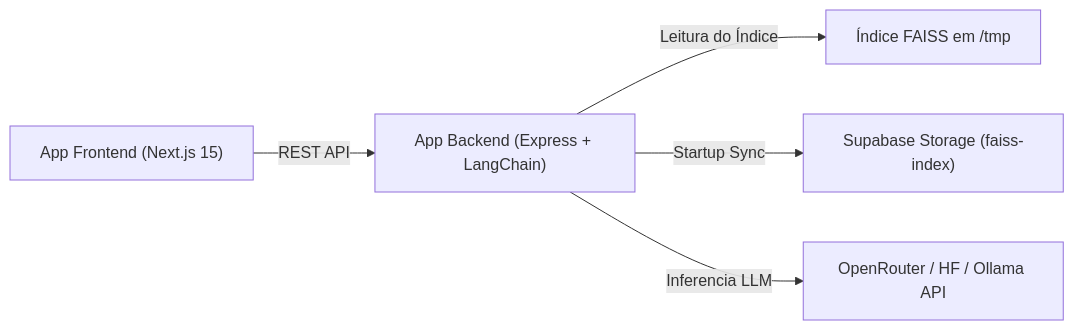
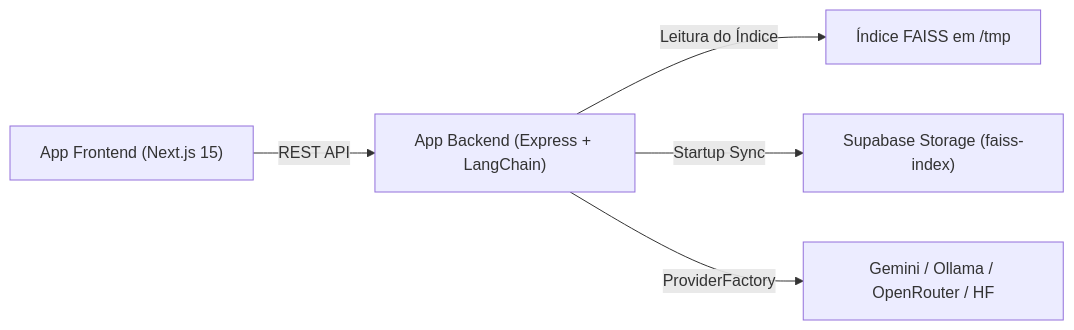
The diagram in docs/architect.md (lfrichter/ask-richter), drawn with Mermaid before and after one commit. The commit also changed other lines of this file and 29 other files, not shown here.

Commit message:
feat(ai): Provider Abstraction, Gemini Embedding 2 & LLM Resilience Fallback Chain

````diff
--- a/docs/architect.md
+++ b/docs/architect.md
@@ -12,7 +12,7 @@
 ```mermaid
 graph LR
     SubGraphFrontend["App Frontend (Next.js 15)"] -- REST API --> SubGraphBackend["App Backend (Express + LangChain)"]
     SubGraphBackend -- Leitura do Índice --> FAISS["Índice FAISS em /tmp"]
     SubGraphBackend -- Startup Sync --> Supabase["Supabase Storage (faiss-index)"]
-    SubGraphBackend -- Inferencia LLM --> OpenRouter["OpenRouter / HF / Ollama API"]
+    SubGraphBackend -- ProviderFactory --> AI_API["Gemini / Ollama / OpenRouter / HF"]
 ```
````
